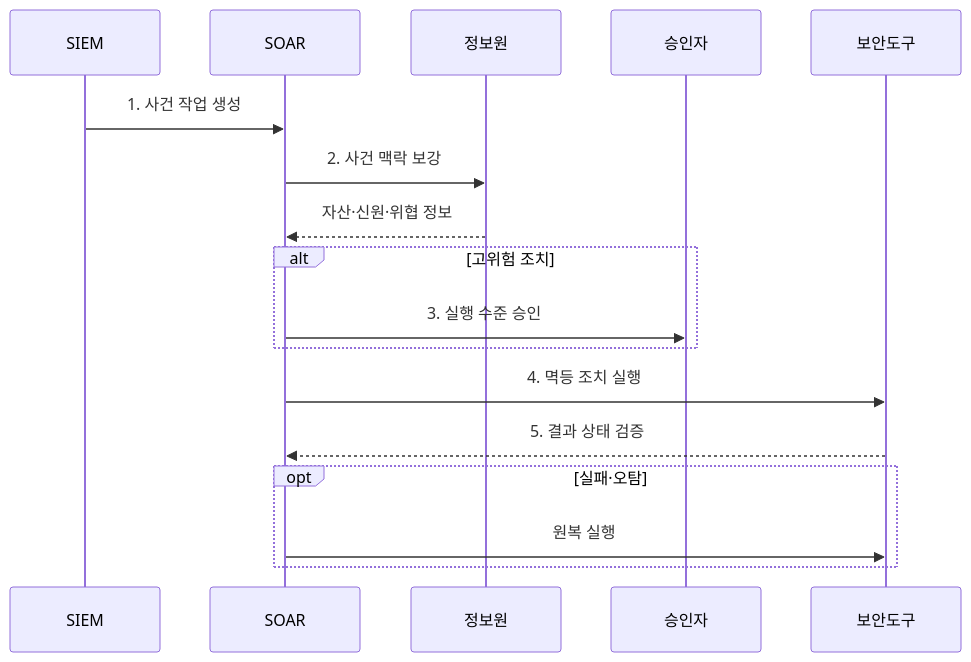
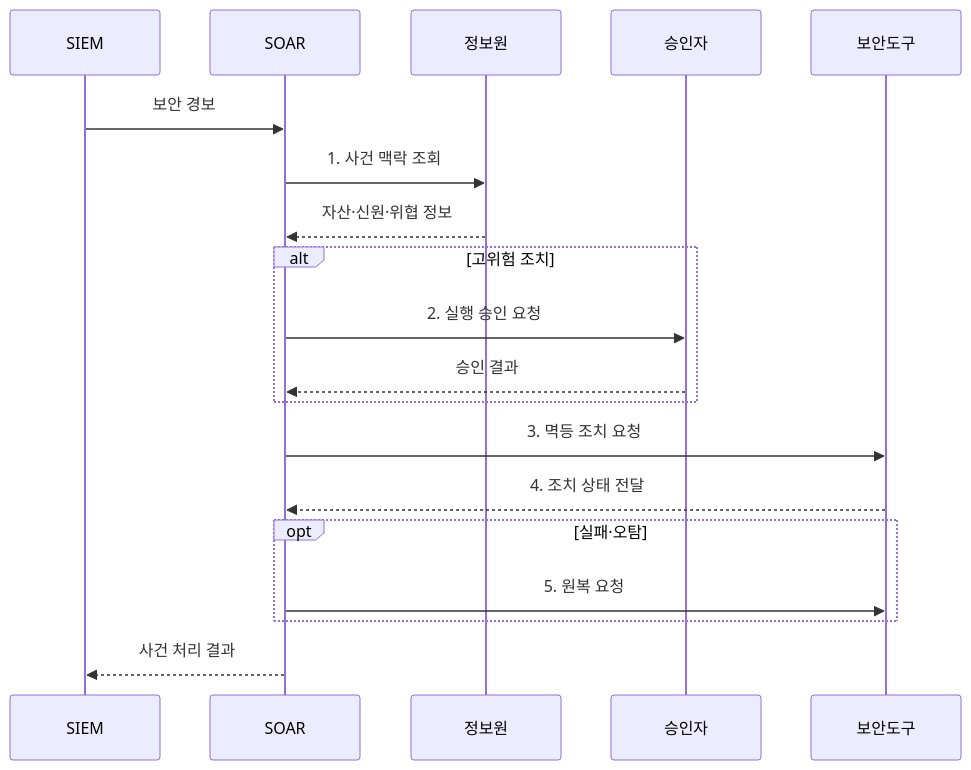
The second of 2 diagrams in src/content/docs/notes/04-network/094_soar.md (agnusdei1207/knowledge-base), drawn with Mermaid before and after one commit. The commit also changed other lines of this file and 20 other files, not shown here.

````diff
--- a/src/content/docs/notes/04-network/094_soar.md
+++ b/src/content/docs/notes/04-network/094_soar.md
@@ -79,19 +85,21 @@
 ```mermaid
 sequenceDiagram
     participant SIEM
     participant SOAR
     participant 정보원
     participant 승인자
     participant 보안도구
-    SIEM->>SOAR: 1. 사건 작업 생성
-    SOAR->>정보원: 2. 사건 맥락 보강
+    SIEM->>SOAR: 보안 경보
+    SOAR->>정보원: 1. 사건 맥락 조회
     정보원-->>SOAR: 자산·신원·위협 정보
     alt 고위험 조치
-        SOAR->>승인자: 3. 실행 수준 승인
+        SOAR->>승인자: 2. 실행 승인 요청
+        승인자-->>SOAR: 승인 결과
     end
-    SOAR->>보안도구: 4. 멱등 조치 실행
-    보안도구-->>SOAR: 5. 결과 상태 검증
+    SOAR->>보안도구: 3. 멱등 조치 요청
+    보안도구-->>SOAR: 4. 조치 상태 전달
     opt 실패·오탐
-        SOAR->>보안도구: 원복 실행
+        SOAR->>보안도구: 5. 원복 요청
     end
+    SOAR-->>SIEM: 사건 처리 결과
 ```
````
